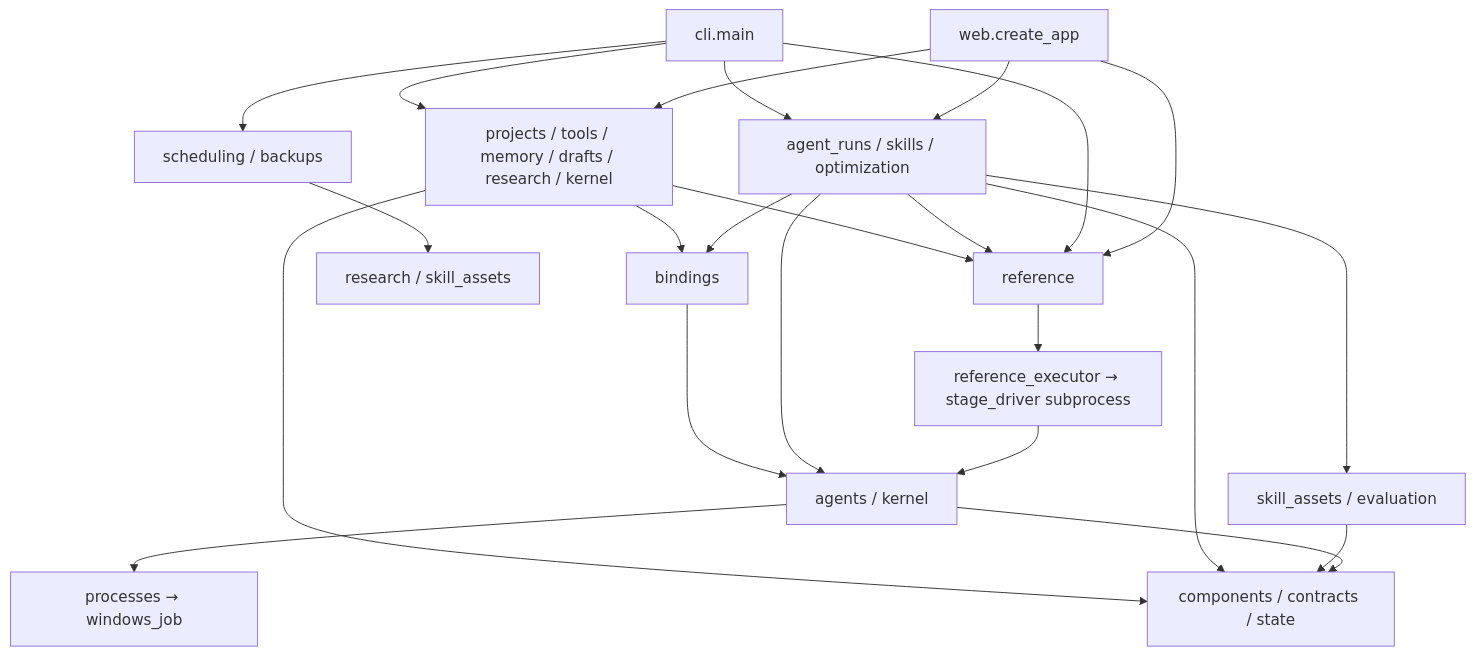
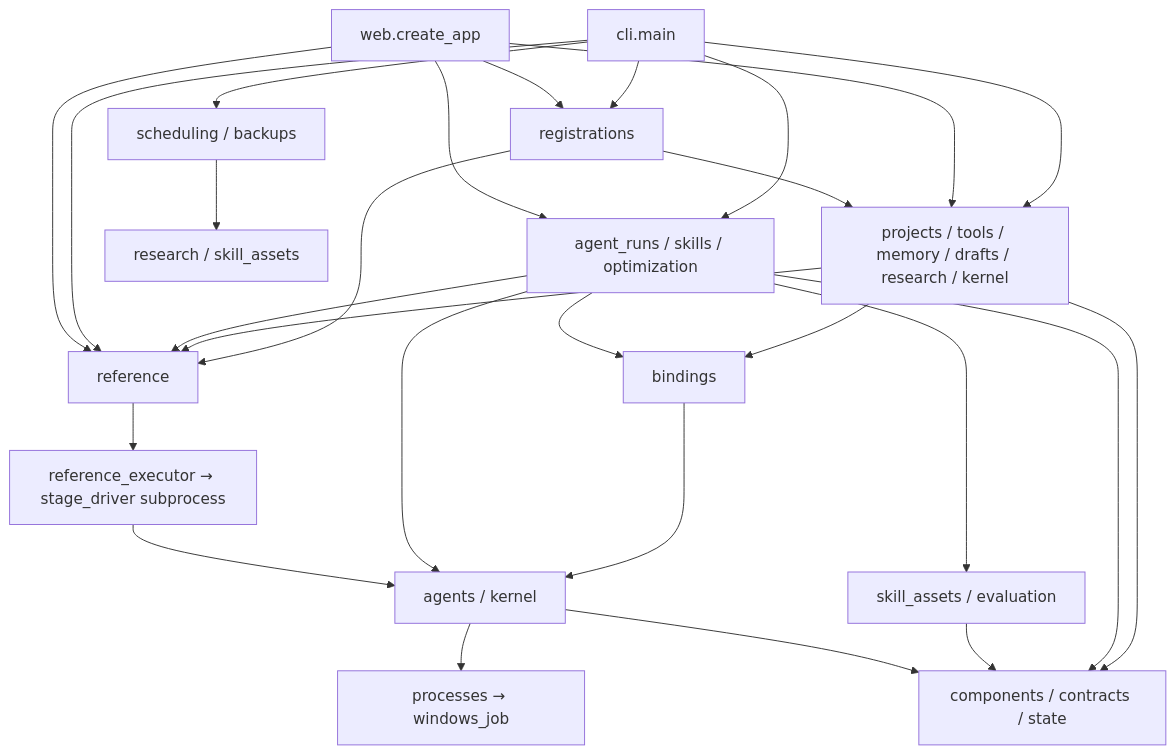
The first of 4 diagrams in docs/architecture/current.md (626619403/Ergora), drawn with Mermaid before and after one commit. The commit also changed other lines of this file and 20 other files, not shown here.

````diff
--- a/docs/architecture/current.md
+++ b/docs/architecture/current.md
@@ -9,25 +9,29 @@
 ```mermaid
 flowchart TB
   CLI[cli.main] --> Query[projects / tools / memory / drafts / research / kernel]
   Web[web.create_app] --> Query
+  CLI --> Registration[registrations]
+  Web --> Registration
+  Registration --> Query
+  Registration --> Ref
   CLI --> Uses[agent_runs / skills / optimization]
   Web --> Uses
   Uses --> Assets[skill_assets / evaluation]
   Query --> Bindings[bindings]
   Uses --> Bindings
   Bindings --> Native[agents / kernel]
   Uses --> Native
   Native --> Processes[processes → windows_job]
   CLI --> Optional[scheduling / backups]
   Optional --> Research[research / skill_assets]
   Query --> Ref[reference]
   Uses --> Ref
   CLI --> Ref
   Web --> Ref
   Ref --> Bridge[reference_executor → stage_driver subprocess]
   Bridge --> Native
   Query --> Foundations[components / contracts / state]
   Uses --> Foundations
   Assets --> Foundations
   Native --> Foundations
 ```
````
